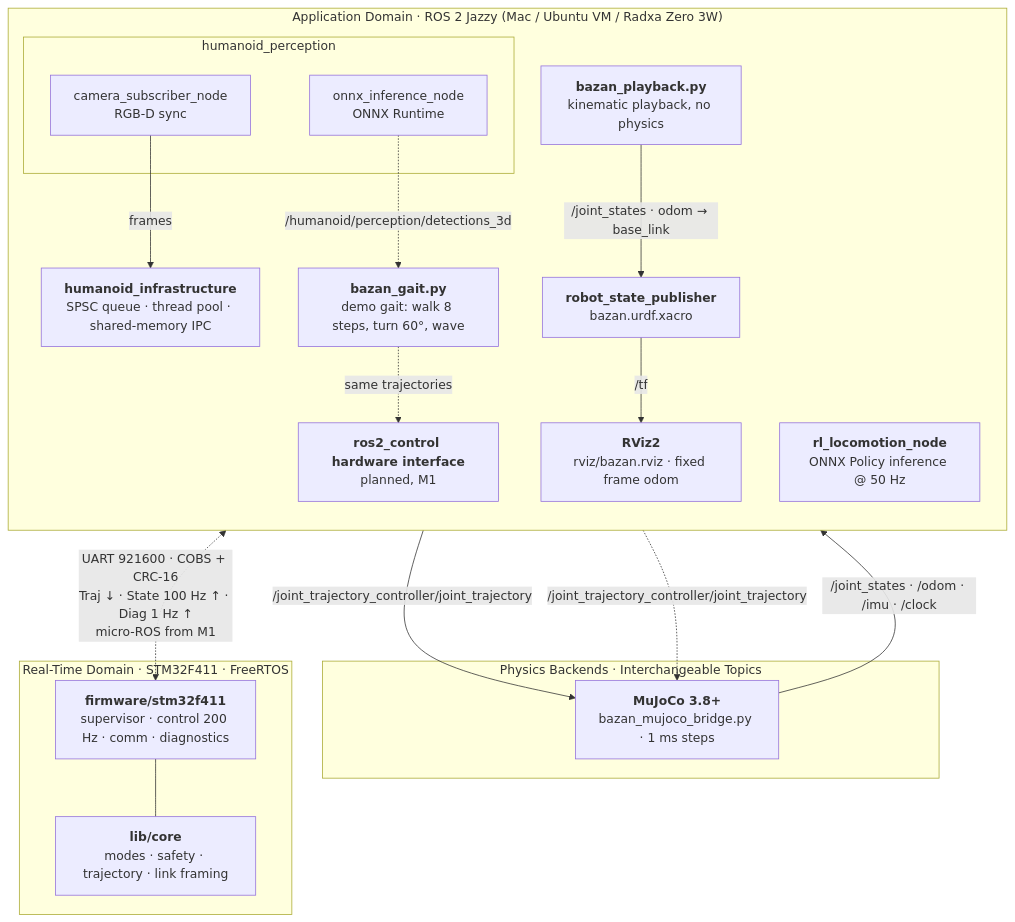
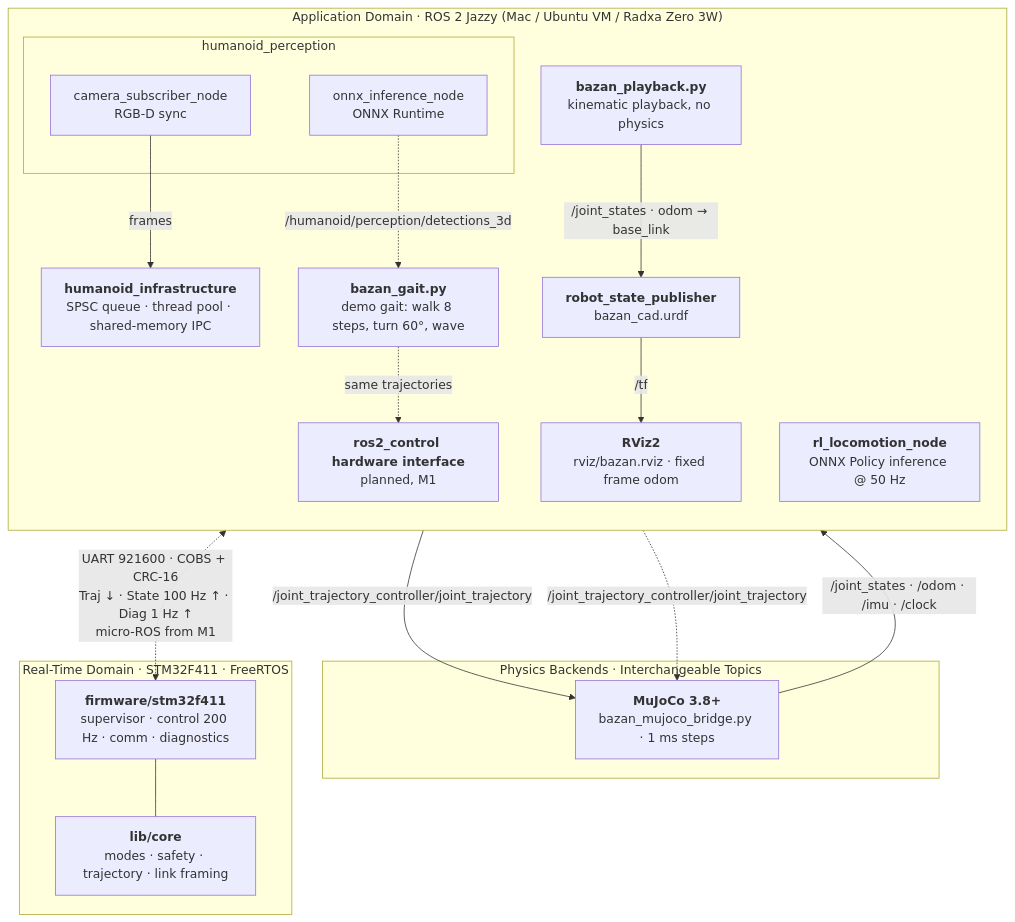
Before and after one commit to nguyenhau442001/Bazan_Humanoid: the third of 7 diagrams in README.md, drawn with Mermaid. The commit also changed other lines of this file and 8 other files, not shown here.

First line of the commit message:
docs(guides): point the guides at the CAD twin and quote CAD numbers in the roadmap

````diff
--- a/README.md
+++ b/README.md
@@ -213,37 +213,37 @@
 ```mermaid
 flowchart TB
   subgraph APP["Application Domain · ROS 2 Jazzy (Mac / Ubuntu VM / Radxa Zero 3W)"]
     direction TB
     GAIT["<b>bazan_gait.py</b><br/>demo gait: walk 8 steps, turn 60°, wave"]
     RL_NODE["<b>rl_locomotion_node</b><br/>ONNX Policy inference @ 50 Hz"]
     PLAY["<b>bazan_playback.py</b><br/>kinematic playback, no physics"]
-    RSP["<b>robot_state_publisher</b><br/>bazan.urdf.xacro"]
+    RSP["<b>robot_state_publisher</b><br/>bazan_cad.urdf"]
     RVIZ["<b>RViz2</b><br/>rviz/bazan.rviz · fixed frame odom"]
     subgraph PERC["humanoid_perception"]
       CAM["camera_subscriber_node<br/>RGB-D sync"]
       ONNX["onnx_inference_node<br/>ONNX Runtime"]
     end
     INFRA["<b>humanoid_infrastructure</b><br/>SPSC queue · thread pool · shared-memory IPC"]
     HWI["<b>ros2_control hardware interface</b><br/>planned, M1"]
   end
 
   subgraph SIM["Physics Backends · Interchangeable Topics"]
     MJ["<b>MuJoCo 3.8+</b><br/>bazan_mujoco_bridge.py · 1 ms steps"]
   end
 
   subgraph MCU["Real-Time Domain · STM32F411 · FreeRTOS"]
     FW["<b>firmware/stm32f411</b><br/>supervisor · control 200 Hz · comm · diagnostics"]
     CORE["<b>lib/core</b><br/>modes · safety · trajectory · link framing"]
   end
 
   GAIT -->|"/joint_trajectory_controller/joint_trajectory"| MJ
   GAIT -.->|"same trajectories"| HWI
   RL_NODE -.->|"/joint_trajectory_controller/joint_trajectory"| MJ
   MJ -->|"/joint_states · /odom · /imu · /clock"| RSP
   PLAY -->|"/joint_states · odom → base_link"| RSP
   RSP -->|"/tf"| RVIZ
   CAM -->|"frames"| INFRA
   ONNX -.->|"/humanoid/perception/detections_3d"| GAIT
   HWI <-.->|"UART 921600 · COBS + CRC-16<br/>Traj ↓ · State 100 Hz ↑ · Diag 1 Hz ↑<br/>micro-ROS from M1"| FW
   FW --- CORE
 ```
````
